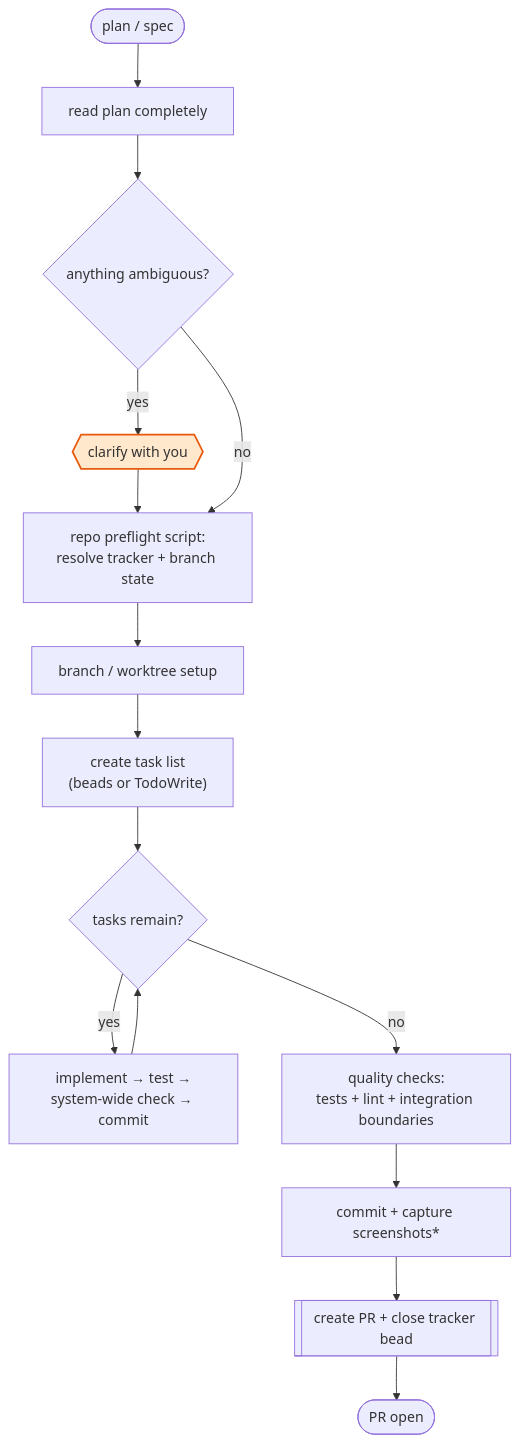
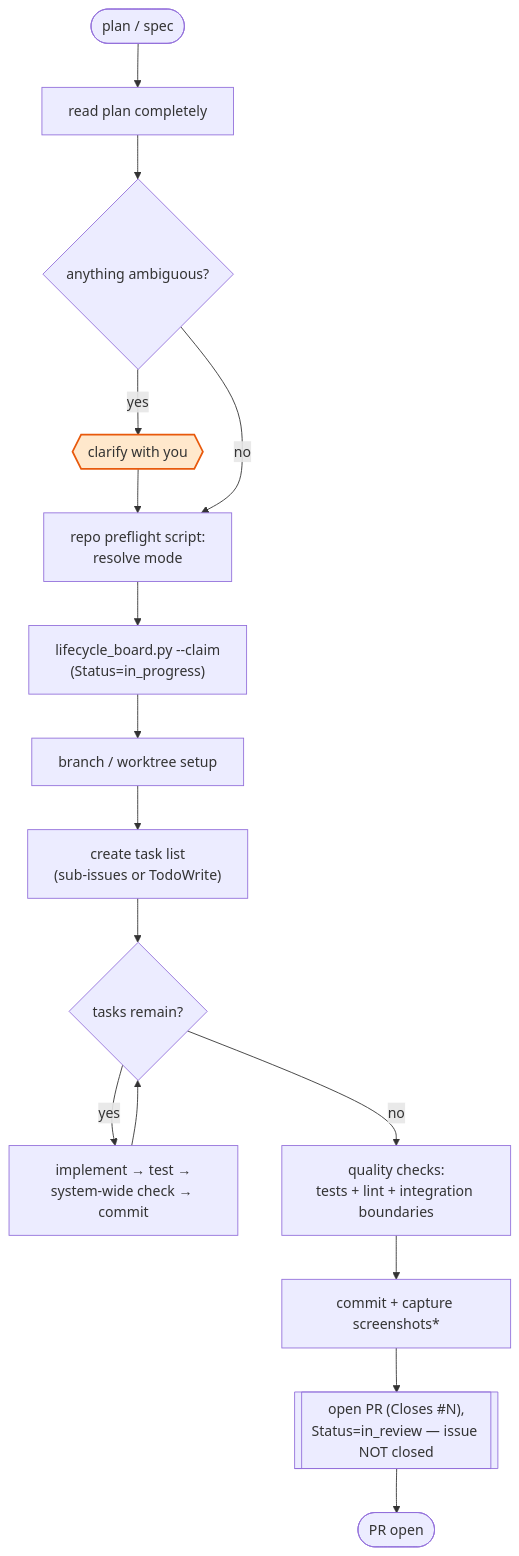
One commit to Life-With-Data/agentic-engineering changed the seventh of 11 diagrams in plugins/agentic-engineering/FLOWS.md. Above: the diagram before and after it, drawn with Mermaid. The commit also changed other lines of this file and 51 other files, not shown here.

````diff
--- a/plugins/agentic-engineering/FLOWS.md
+++ b/plugins/agentic-engineering/FLOWS.md
@@ -162,20 +231,21 @@
 ```mermaid
 flowchart TD
     start([plan / spec]) --> readplan["read plan completely"]
     readplan --> clar{"anything ambiguous?"}
     clar -->|yes| ask{{"clarify with you"}}
     ask --> preflight
-    clar -->|no| preflight["repo preflight script:<br/>resolve tracker + branch state"]
-    preflight --> branch["branch / worktree setup"]
-    branch --> tasks["create task list<br/>(beads or TodoWrite)"]
+    clar -->|no| preflight["repo preflight script:<br/>resolve mode"]
+    preflight --> claim["lifecycle_board.py --claim<br/>(Status=in_progress)"]
+    claim --> branch["branch / worktree setup"]
+    branch --> tasks["create task list<br/>(sub-issues or TodoWrite)"]
     tasks --> loop{"tasks remain?"}
     loop -->|yes| impl["implement → test →<br/>system-wide check → commit"]
     impl --> loop
     loop -->|no| quality["quality checks:<br/>tests + lint + integration boundaries"]
     quality --> ship["commit + capture screenshots*"]
-    ship --> pr[["create PR + close tracker bead"]]
+    ship --> pr[["open PR (Closes #N),<br/>Status=in_review — issue NOT closed"]]
     pr --> done([PR open])
 
     classDef gate fill:#ffe8cc,stroke:#e8590c,stroke-width:2px;
     class ask gate
 ```
````
